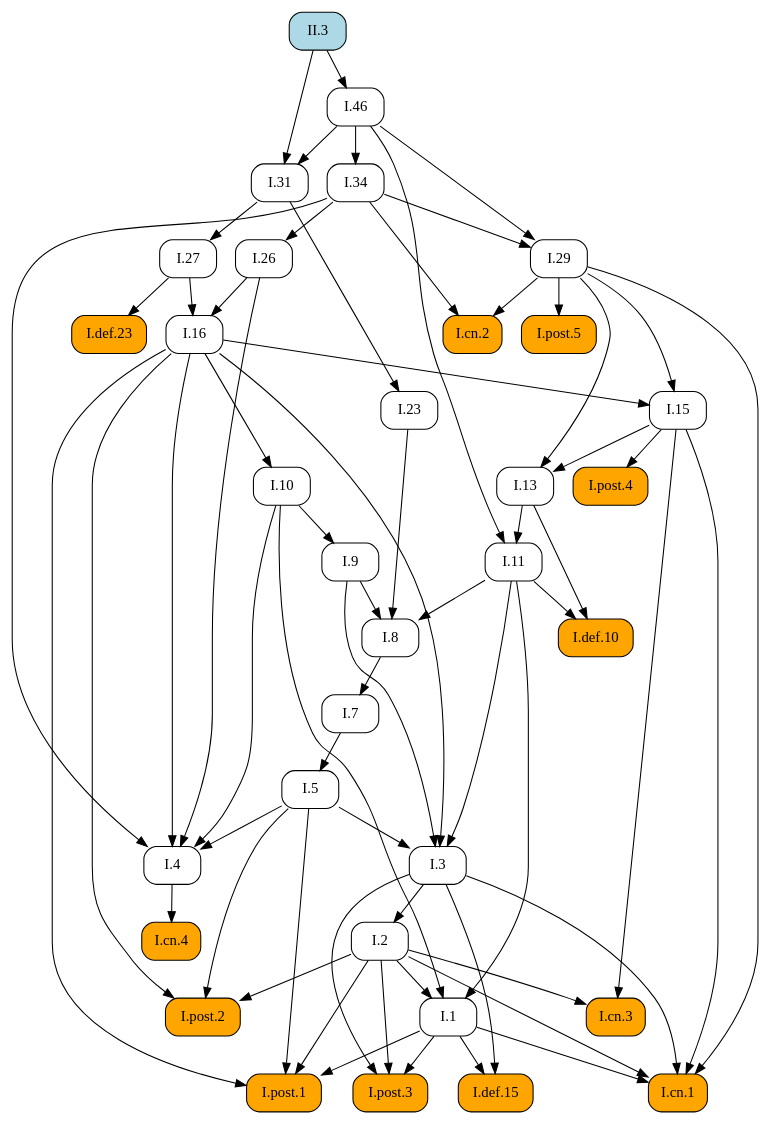
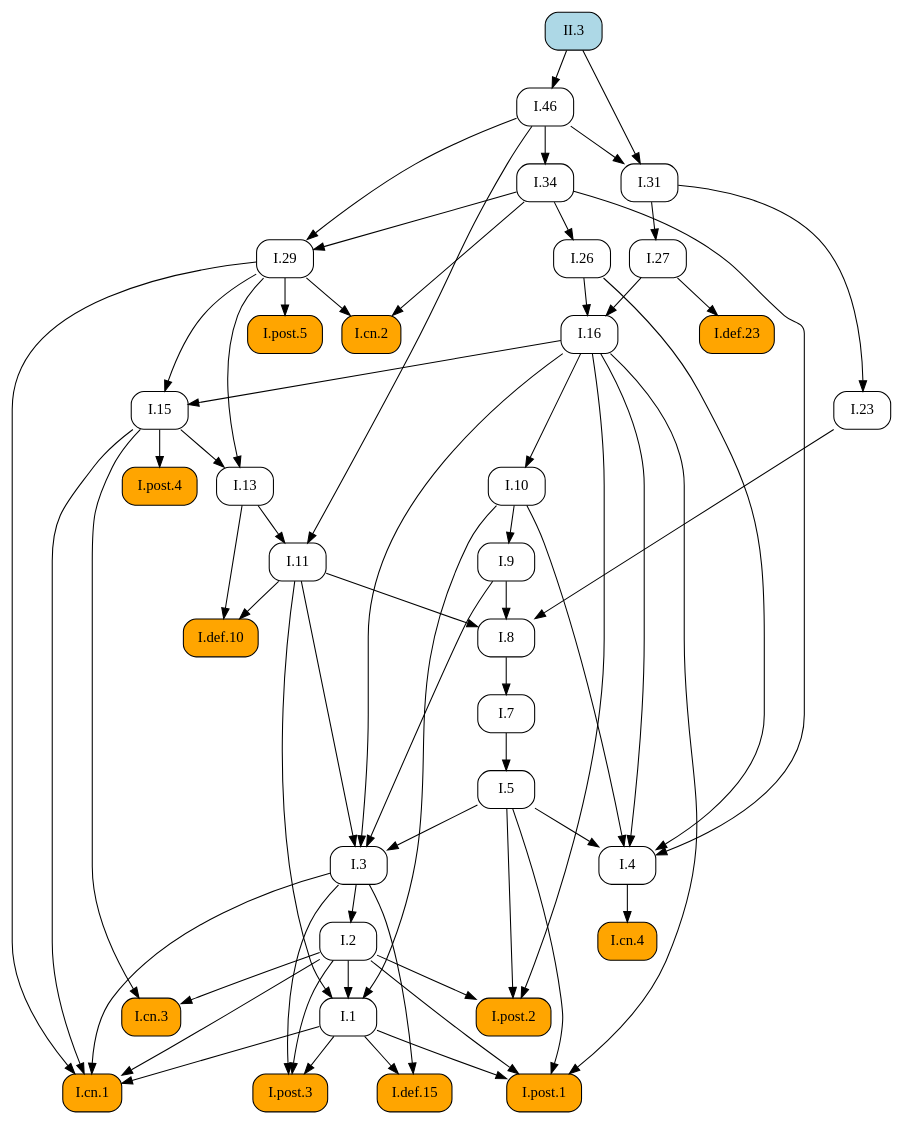
Before and after one commit to geometor/elements: the diagram in docsrc/heath/II/3/index.rst, drawn with Graphviz. The commit also changed other lines of this file and 484 other files, not shown here.

```diff
--- a/docsrc/heath/II/3/index.rst
+++ b/docsrc/heath/II/3/index.rst
@@ -45,101 +45,101 @@
    digraph {
      rankdir="TB";
      node [shape=box, style=rounded];
-     "I.def.10" [style="rounded,filled", fillcolor=orange, URL="/heath/I/def.10/", target="_top"];
-     "I.11" [URL="/heath/I/11/", target="_top"];
-     "I.post.4" [style="rounded,filled", fillcolor=orange, URL="/heath/I/post.4/", target="_top"];
-     "I.1" [URL="/heath/I/1/", target="_top"];
-     "I.26" [URL="/heath/I/26/", target="_top"];
-     "I.29" [URL="/heath/I/29/", target="_top"];
-     "I.cn.2" [style="rounded,filled", fillcolor=orange, URL="/heath/I/cn.2/", target="_top"];
+     "I.23" [URL="/heath/I/23/", target="_top"];
+     "I.9" [URL="/heath/I/9/", target="_top"];
      "I.def.15" [style="rounded,filled", fillcolor=orange, URL="/heath/I/def.15/", target="_top"];
      "I.post.3" [style="rounded,filled", fillcolor=orange, URL="/heath/I/post.3/", target="_top"];
-     "I.cn.1" [style="rounded,filled", fillcolor=orange, URL="/heath/I/cn.1/", target="_top"];
-     "I.cn.3" [style="rounded,filled", fillcolor=orange, URL="/heath/I/cn.3/", target="_top"];
-     "I.23" [URL="/heath/I/23/", target="_top"];
      "I.post.1" [style="rounded,filled", fillcolor=orange, URL="/heath/I/post.1/", target="_top"];
+     "I.31" [URL="/heath/I/31/", target="_top"];
+     "I.def.10" [style="rounded,filled", fillcolor=orange, URL="/heath/I/def.10/", target="_top"];
      "I.27" [URL="/heath/I/27/", target="_top"];
-     "I.46" [URL="/heath/I/46/", target="_top"];
-     "I.7" [URL="/heath/I/7/", target="_top"];
      "I.34" [URL="/heath/I/34/", target="_top"];
      "I.3" [URL="/heath/I/3/", target="_top"];
+     "I.cn.1" [style="rounded,filled", fillcolor=orange, URL="/heath/I/cn.1/", target="_top"];
+     "I.7" [URL="/heath/I/7/", target="_top"];
+     "I.2" [URL="/heath/I/2/", target="_top"];
+     "I.13" [URL="/heath/I/13/", target="_top"];
+     "I.post.4" [style="rounded,filled", fillcolor=orange, URL="/heath/I/post.4/", target="_top"];
+     "I.4" [URL="/heath/I/4/", target="_top"];
      "II.3" [style="rounded,filled", fillcolor=lightblue, URL="/heath/II/3/", target="_top"];
-     "I.2" [URL="/heath/I/2/", target="_top"];
+     "I.1" [URL="/heath/I/1/", target="_top"];
+     "I.5" [URL="/heath/I/5/", target="_top"];
+     "I.8" [URL="/heath/I/8/", target="_top"];
+     "I.29" [URL="/heath/I/29/", target="_top"];
+     "I.cn.3" [style="rounded,filled", fillcolor=orange, URL="/heath/I/cn.3/", target="_top"];
+     "I.16" [URL="/heath/I/16/", target="_top"];
+     "I.15" [URL="/heath/I/15/", target="_top"];
+     "I.10" [URL="/heath/I/10/", target="_top"];
+     "I.11" [URL="/heath/I/11/", target="_top"];
      "I.def.23" [style="rounded,filled", fillcolor=orange, URL="/heath/I/def.23/", target="_top"];
-     "I.4" [URL="/heath/I/4/", target="_top"];
-     "I.13" [URL="/heath/I/13/", target="_top"];
-     "I.31" [URL="/heath/I/31/", target="_top"];
+     "I.cn.2" [style="rounded,filled", fillcolor=orange, URL="/heath/I/cn.2/", target="_top"];
+     "I.post.5" [style="rounded,filled", fillcolor=orange, URL="/heath/I/post.5/", target="_top"];
+     "I.cn.4" [style="rounded,filled", fillcolor=orange, URL="/heath/I/cn.4/", target="_top"];
      "I.post.2" [style="rounded,filled", fillcolor=orange, URL="/heath/I/post.2/", target="_top"];
-     "I.16" [URL="/heath/I/16/", target="_top"];
-     "I.9" [URL="/heath/I/9/", target="_top"];
-     "I.8" [URL="/heath/I/8/", target="_top"];
-     "I.cn.4" [style="rounded,filled", fillcolor=orange, URL="/heath/I/cn.4/", target="_top"];
-     "I.15" [URL="/heath/I/15/", target="_top"];
-     "I.post.5" [style="rounded,filled", fillcolor=orange, URL="/heath/I/post.5/", target="_top"];
-     "I.10" [URL="/heath/I/10/", target="_top"];
-     "I.5" [URL="/heath/I/5/", target="_top"];
-     "I.11" -> "I.def.10";
-     "I.13" -> "I.def.10";
-     "I.13" -> "I.11";
-     "I.46" -> "I.11";
-     "I.15" -> "I.post.4";
-     "I.2" -> "I.1";
-     "I.10" -> "I.1";
-     "I.11" -> "I.1";
-     "I.34" -> "I.26";
-     "I.34" -> "I.29";
-     "I.46" -> "I.29";
-     "I.29" -> "I.cn.2";
-     "I.34" -> "I.cn.2";
+     "I.46" [URL="/heath/I/46/", target="_top"];
+     "I.26" [URL="/heath/I/26/", target="_top"];
+     "I.31" -> "I.23";
+     "I.10" -> "I.9";
      "I.1" -> "I.def.15";
      "I.3" -> "I.def.15";
      "I.1" -> "I.post.3";
      "I.2" -> "I.post.3";
      "I.3" -> "I.post.3";
+     "I.1" -> "I.post.1";
+     "I.2" -> "I.post.1";
+     "I.5" -> "I.post.1";
+     "I.16" -> "I.post.1";
+     "I.46" -> "I.31";
+     "II.3" -> "I.31";
+     "I.11" -> "I.def.10";
+     "I.13" -> "I.def.10";
+     "I.31" -> "I.27";
+     "I.46" -> "I.34";
+     "I.5" -> "I.3";
+     "I.9" -> "I.3";
+     "I.11" -> "I.3";
+     "I.16" -> "I.3";
      "I.1" -> "I.cn.1";
      "I.2" -> "I.cn.1";
      "I.3" -> "I.cn.1";
      "I.15" -> "I.cn.1";
      "I.29" -> "I.cn.1";
-     "I.2" -> "I.cn.3";
-     "I.15" -> "I.cn.3";
-     "I.31" -> "I.23";
-     "I.1" -> "I.post.1";
-     "I.2" -> "I.post.1";
-     "I.5" -> "I.post.1";
-     "I.16" -> "I.post.1";
-     "I.31" -> "I.27";
-     "II.3" -> "I.46";
      "I.8" -> "I.7";
-     "I.46" -> "I.34";
-     "I.5" -> "I.3";
-     "I.9" -> "I.3";
-     "I.11" -> "I.3";
-     "I.16" -> "I.3";
      "I.3" -> "I.2";
-     "I.27" -> "I.def.23";
+     "I.15" -> "I.13";
+     "I.29" -> "I.13";
+     "I.15" -> "I.post.4";
      "I.5" -> "I.4";
      "I.10" -> "I.4";
      "I.16" -> "I.4";
      "I.26" -> "I.4";
      "I.34" -> "I.4";
-     "I.15" -> "I.13";
-     "I.29" -> "I.13";
-     "I.46" -> "I.31";
-     "II.3" -> "I.31";
+     "I.2" -> "I.1";
+     "I.10" -> "I.1";
+     "I.11" -> "I.1";
+     "I.7" -> "I.5";
+     "I.9" -> "I.8";
+     "I.11" -> "I.8";
+     "I.23" -> "I.8";
+     "I.34" -> "I.29";
+     "I.46" -> "I.29";
+     "I.2" -> "I.cn.3";
+     "I.15" -> "I.cn.3";
+     "I.26" -> "I.16";
+     "I.27" -> "I.16";
+     "I.16" -> "I.15";
+     "I.29" -> "I.15";
+     "I.16" -> "I.10";
+     "I.13" -> "I.11";
+     "I.46" -> "I.11";
+     "I.27" -> "I.def.23";
+     "I.29" -> "I.cn.2";
+     "I.34" -> "I.cn.2";
+     "I.29" -> "I.post.5";
+     "I.4" -> "I.cn.4";
      "I.2" -> "I.post.2";
      "I.5" -> "I.post.2";
      "I.16" -> "I.post.2";
-     "I.26" -> "I.16";
-     "I.27" -> "I.16";
-     "I.10" -> "I.9";
-     "I.9" -> "I.8";
-     "I.11" -> "I.8";
-     "I.23" -> "I.8";
-     "I.4" -> "I.cn.4";
-     "I.16" -> "I.15";
-     "I.29" -> "I.15";
-     "I.29" -> "I.post.5";
-     "I.16" -> "I.10";
-     "I.7" -> "I.5";
+     "II.3" -> "I.46";
+     "I.34" -> "I.26";
    }
```
